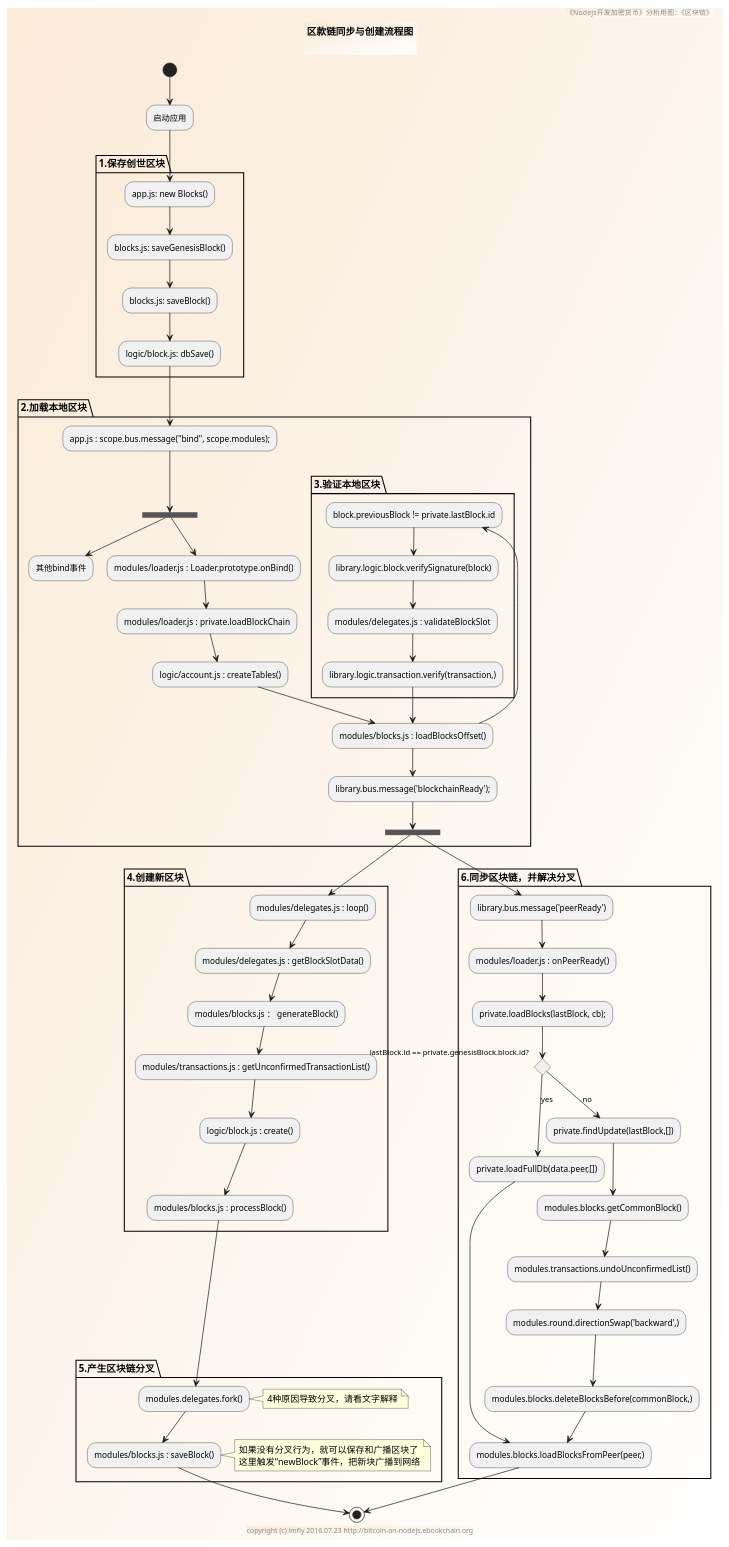
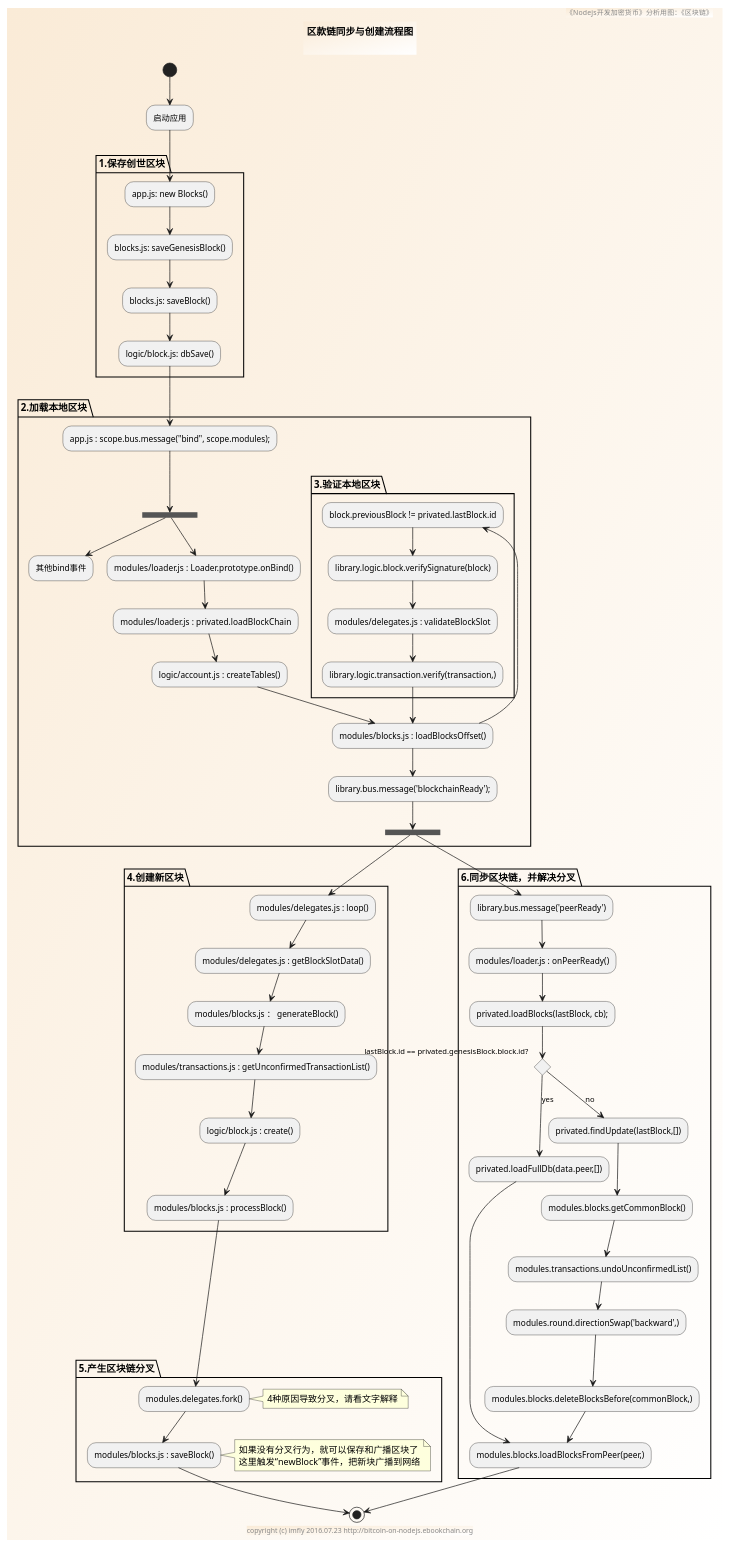
One commit to brightmanforever022/bitcoin-on-nodejs changed the diagram in sources/modules/blocks/activity.pu. Above: the diagram before and after it, drawn with PlantUML. The commit also changed 15 other files, not shown here.

```diff
--- a/sources/modules/blocks/activity.pu
+++ b/sources/modules/blocks/activity.pu
@@ -1,80 +1,80 @@
 @startuml ../../../styles/images/modules/blocks/blocks-activity.png
 skinparam BorderColor #blue\9932CC
 skinparam backgroundcolor AntiqueWhite/white
 
 title
 区款链同步与创建流程图
 
 end title
 
 footer copyright (c) imfly 2016.07.23 http://bitcoin-on-nodejs.ebookchain.org
 header 《Nodejs开发加密货币》分析用图：《区块链》
 
 (*) --> 启动应用
 
 partition "1.保存创世区块" {
   --> app.js: new Blocks()
   --> blocks.js: saveGenesisBlock()
   --> blocks.js: saveBlock()
   --> logic/block.js: dbSave()
 }
 
 partition "2.加载本地区块" {
   --> app.js : scope.bus.message("bind", scope.modules);
   --> ==bind==
   --> "其他bind事件"
   ==bind== --> modules/loader.js : Loader.prototype.onBind()
-  --> modules/loader.js : private.loadBlockChain
+  --> modules/loader.js : privated.loadBlockChain
   --> logic/account.js : createTables()
   --> "modules/blocks.js : loadBlocksOffset()" as loadBlocksOffset
   partition "3.验证本地区块" {
-    --> block.previousBlock != private.lastBlock.id
+    --> block.previousBlock != privated.lastBlock.id
     --> library.logic.block.verifySignature(block)
     --> modules/delegates.js : validateBlockSlot
     --> library.logic.transaction.verify(transaction,)
     --> loadBlocksOffset
   }
   --> library.bus.message('blockchainReady');
   --> ==blockchainReady==
 }
 
 partition "4.创建新区块" {
   --> modules/delegates.js : loop()
   --> modules/delegates.js : getBlockSlotData()
   --> modules/blocks.js ： generateBlock()
   --> modules/transactions.js : getUnconfirmedTransactionList()
   --> logic/block.js : create()
   --> modules/blocks.js : processBlock()
 }
 
 partition "5.产生区块链分叉" {
   --> modules.delegates.fork()
   note right: 4种原因导致分叉，请看文字解释
   --> modules/blocks.js : saveBlock()
   note right
   如果没有分叉行为，就可以保存和广播区块了
   这里触发“newBlock”事件，把新块广播到网络
   end note
 }
 
 --> (*)
 
 partition "6.同步区块链，并解决分叉" {
   ==blockchainReady== --> library.bus.message('peerReady')
   --> modules/loader.js : onPeerReady()
-  --> private.loadBlocks(lastBlock, cb);
-  if lastBlock.id == private.genesisBlock.block.id? then
-  --> [yes] private.loadFullDb(data.peer,[])
+  --> privated.loadBlocks(lastBlock, cb);
+  if lastBlock.id == privated.genesisBlock.block.id? then
+  --> [yes] privated.loadFullDb(data.peer,[])
   --> "modules.blocks.loadBlocksFromPeer(peer,)" as loadBlocksFromPeer
   else
-  --> [no] private.findUpdate(lastBlock,[])
+  --> [no] privated.findUpdate(lastBlock,[])
   endif
   --> modules.blocks.getCommonBlock()
   --> modules.transactions.undoUnconfirmedList()
   --> modules.round.directionSwap('backward',)
   --> modules.blocks.deleteBlocksBefore(commonBlock,)
   --> loadBlocksFromPeer
 }
 
 --> (*)
 @enduml
```
